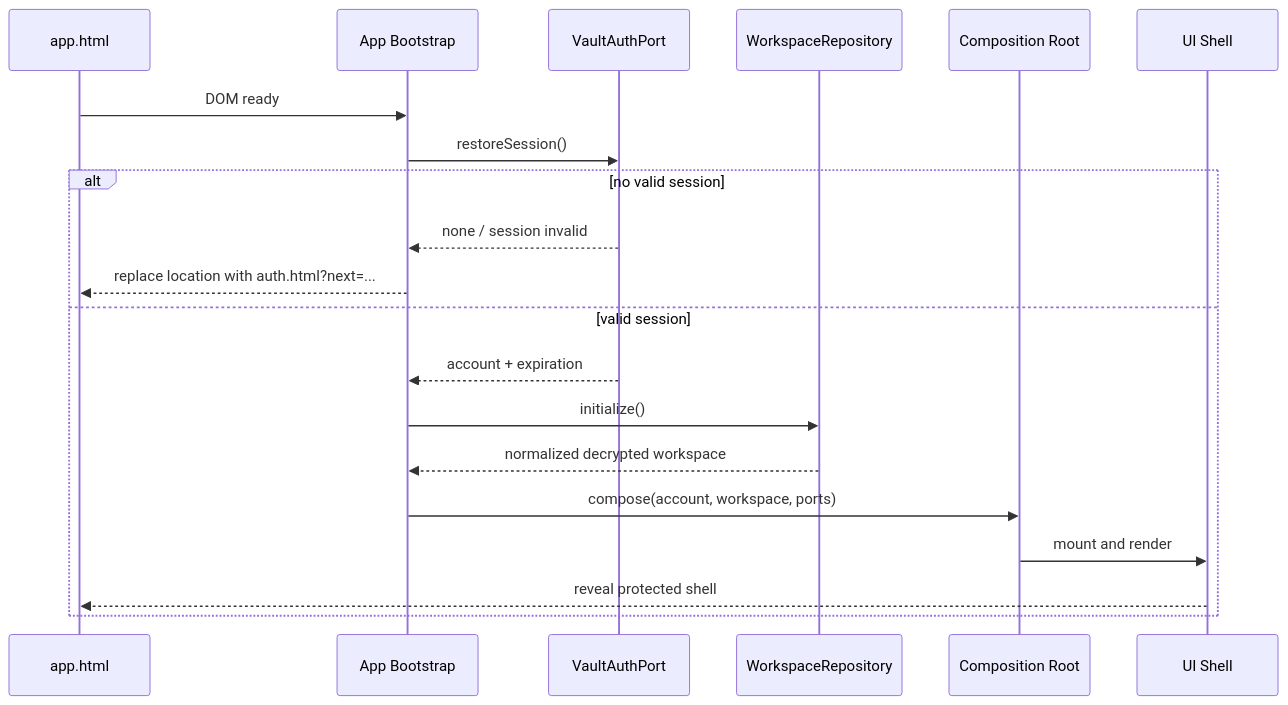
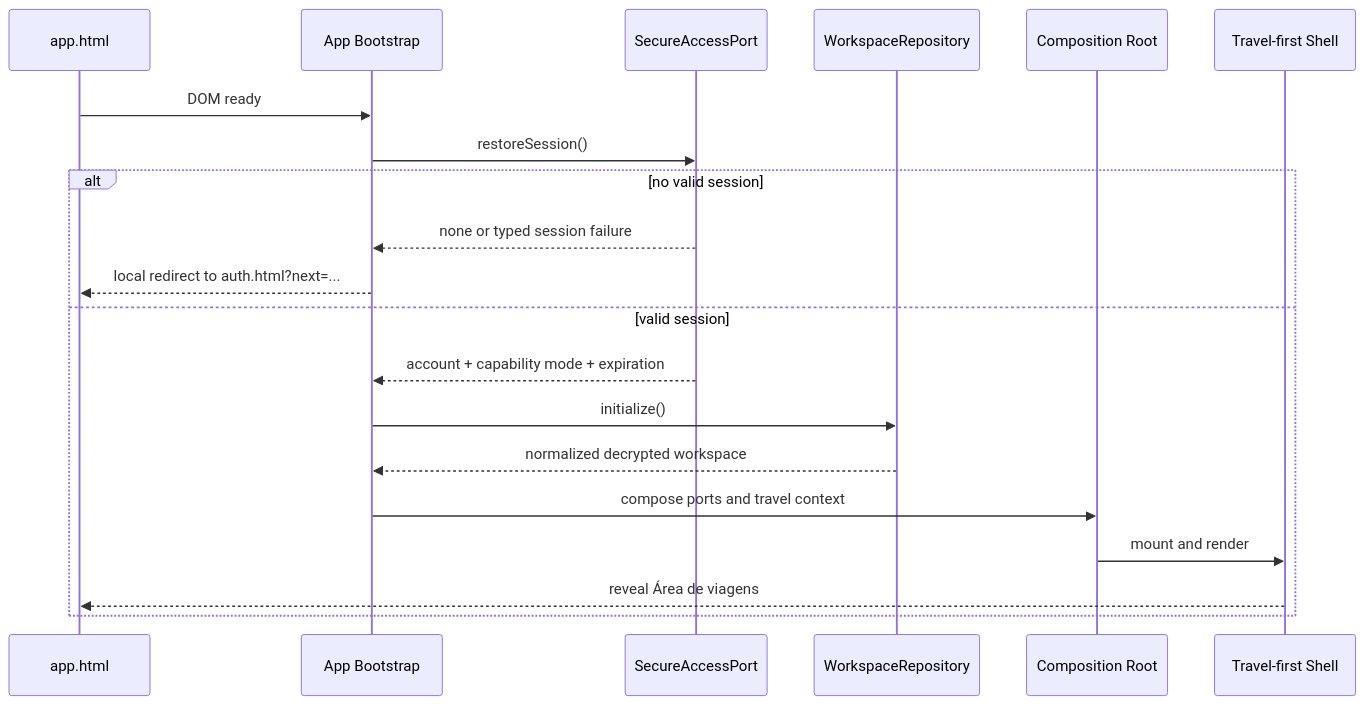
One commit to Tiago-D-Nocce/PlannerDuoUAT changed the fifth of 15 diagrams in .kiro/specs/multi-agent-code-architecture/design.md. Above: the diagram before and after it, drawn with Mermaid. The commit also changed other lines of this file and 1 other file, not shown here.

````diff
--- a/.kiro/specs/multi-agent-code-architecture/design.md
+++ b/.kiro/specs/multi-agent-code-architecture/design.md
@@ -710,23 +319,23 @@
 ```mermaid
 sequenceDiagram
     participant H as app.html
     participant B as App Bootstrap
-    participant A as VaultAuthPort
+    participant A as SecureAccessPort
     participant R as WorkspaceRepository
     participant C as Composition Root
-    participant U as UI Shell
+    participant U as Travel-first Shell
 
     H->>B: DOM ready
     B->>A: restoreSession()
     alt no valid session
-        A-->>B: none / session invalid
-        B-->>H: replace location with auth.html?next=...
+        A-->>B: none or typed session failure
+        B-->>H: local redirect to auth.html?next=...
     else valid session
-        A-->>B: account + expiration
+        A-->>B: account + capability mode + expiration
         B->>R: initialize()
         R-->>B: normalized decrypted workspace
-        B->>C: compose(account, workspace, ports)
+        B->>C: compose ports and travel context
         C->>U: mount and render
-        U-->>H: reveal protected shell
+        U-->>H: reveal Área de viagens
     end
 ```
````
